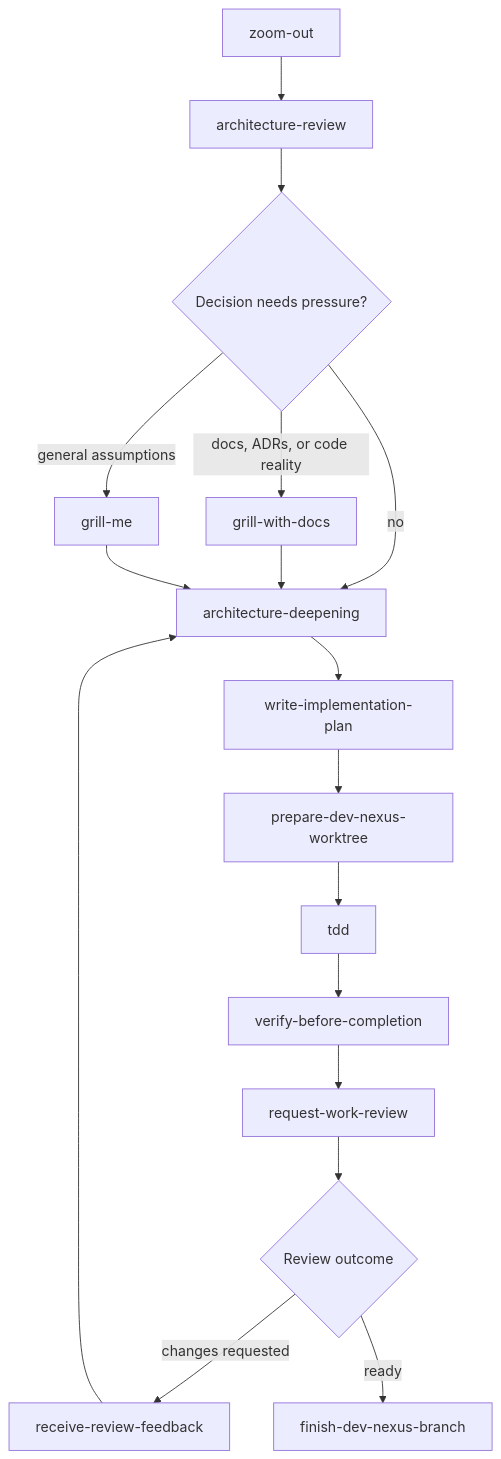
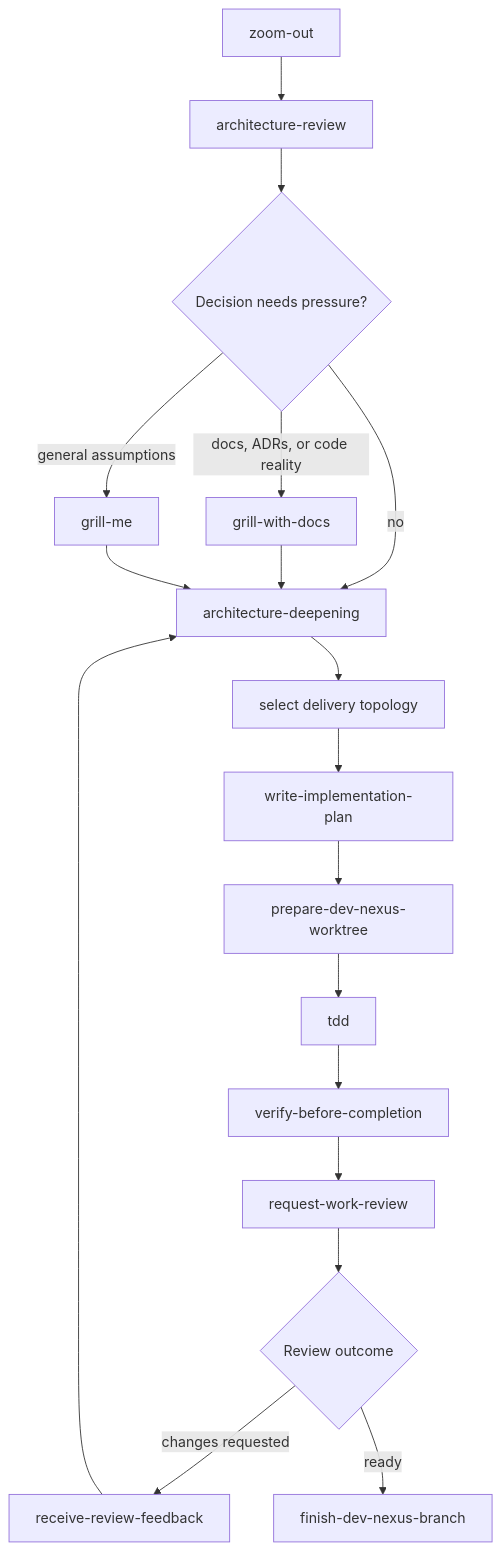
Before and after one commit to Evref-BL/DevNexus: the sixth of 8 diagrams in docs/user/skill-chains.md, drawn with Mermaid. The commit also changed other lines of this file and 4 other files, not shown here.

````diff
--- a/docs/user/skill-chains.md
+++ b/docs/user/skill-chains.md
@@ -87,19 +128,20 @@
 ```mermaid
 flowchart TD
   A["zoom-out"] --> B["architecture-review"]
   B --> C{"Decision needs pressure?"}
   C -->|"docs, ADRs, or code reality"| D["grill-with-docs"]
   C -->|"general assumptions"| E["grill-me"]
   C -->|"no"| F["architecture-deepening"]
   D --> F
   E --> F
-  F --> G["write-implementation-plan"]
+  F --> T["select delivery topology"]
+  T --> G["write-implementation-plan"]
   G --> H["prepare-dev-nexus-worktree"]
   H --> I["tdd"]
   I --> J["verify-before-completion"]
   J --> K["request-work-review"]
   K --> L{"Review outcome"}
   L -->|"changes requested"| M["receive-review-feedback"]
   M --> F
   L -->|"ready"| N["finish-dev-nexus-branch"]
 ```
````
